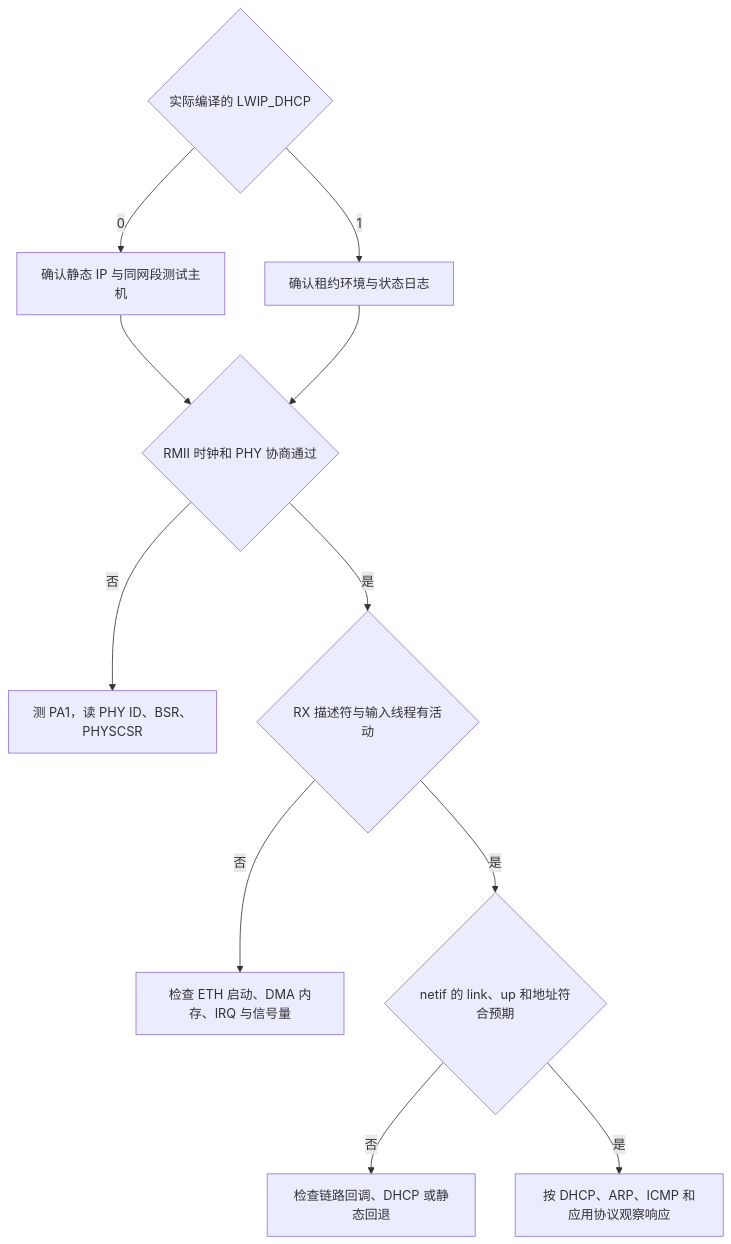
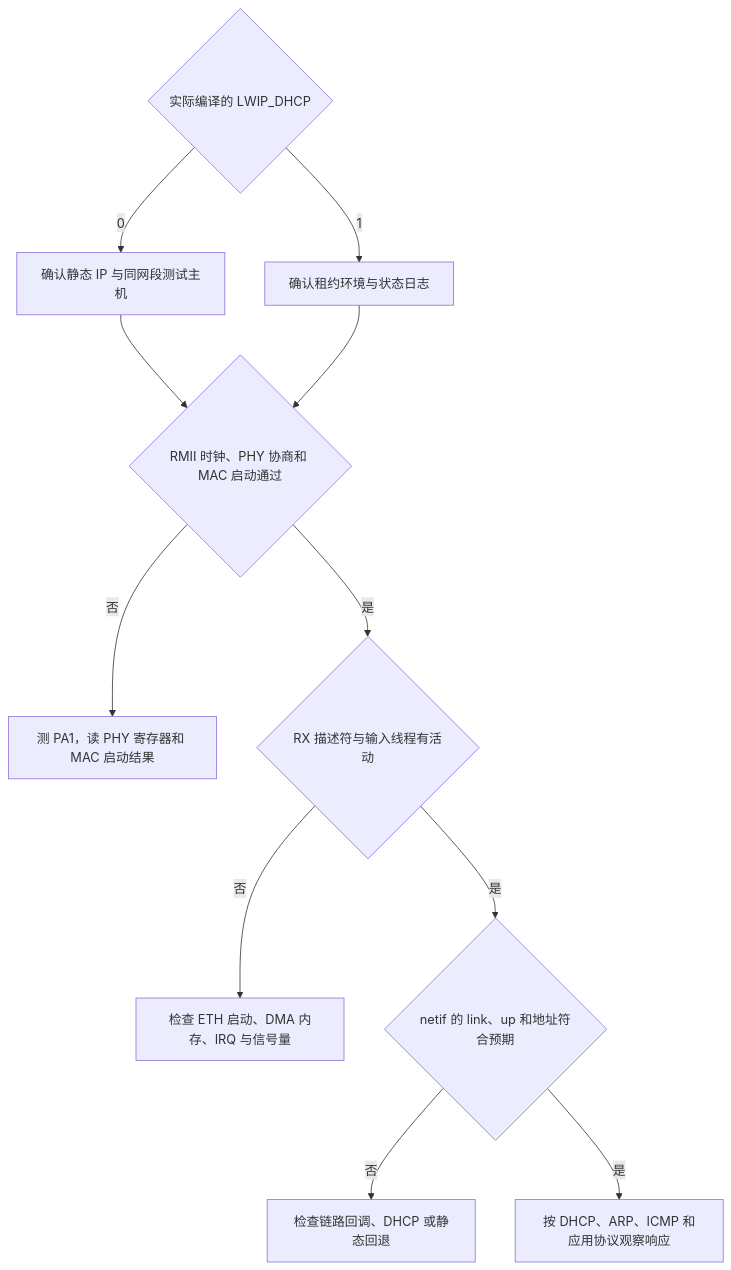
One commit to Mangta517/knowledge-base changed the diagram in wiki/troubleshooting/TS-0003-ethernet-link-without-ip.md. Above: the diagram before and after it, drawn with Mermaid. The commit also changed other lines of this file and 16 other files, not shown here.

Commit message:
feat: 升级排障案例错误原因与定位证据链及前后端诊断视图

````diff
--- a/wiki/troubleshooting/TS-0003-ethernet-link-without-ip.md
+++ b/wiki/troubleshooting/TS-0003-ethernet-link-without-ip.md
@@ -30,14 +49,14 @@
 ```mermaid
 flowchart TD
     A{"实际编译的 LWIP_DHCP"}
     A -->|0| S["确认静态 IP 与同网段测试主机"]
     A -->|1| T["确认租约环境与状态日志"]
-    S --> P{"RMII 时钟和 PHY 协商通过"}
+    S --> P{"RMII 时钟、PHY 协商和 MAC 启动通过"}
     T --> P
-    P -->|否| H["测 PA1，读 PHY ID、BSR、PHYSCSR"]
+    P -->|否| H["测 PA1，读 PHY 寄存器和 MAC 启动结果"]
     P -->|是| M{"RX 描述符与输入线程有活动"}
     M -->|否| R["检查 ETH 启动、DMA 内存、IRQ 与信号量"]
     M -->|是| N{"netif 的 link、up 和地址符合预期"}
     N -->|否| L["检查链路回调、DHCP 或静态回退"]
     N -->|是| C["按 DHCP、ARP、ICMP 和应用协议观察响应"]
 ```
````
